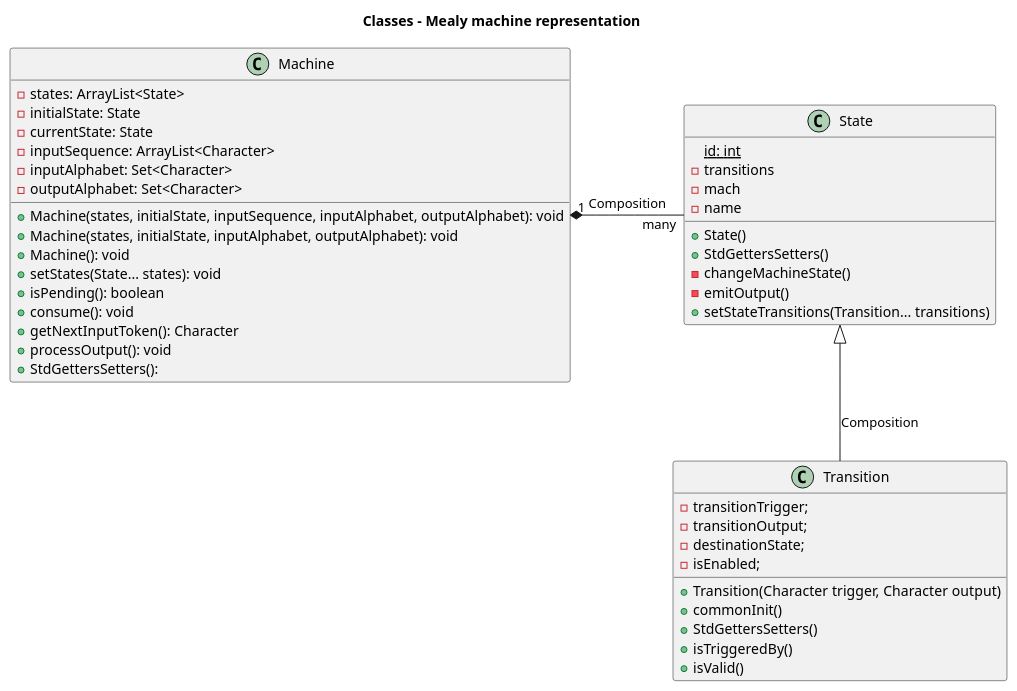
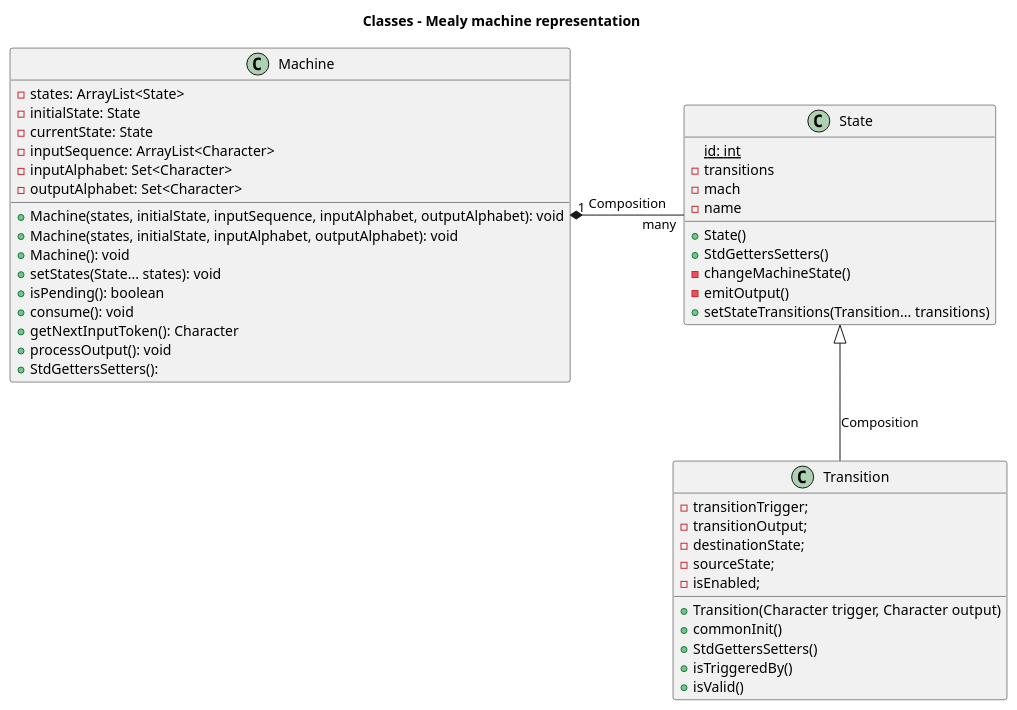
One commit to zenAndroid/Mealy-Machine changed the diagram in src/com/company/testFile.puml. Above: the diagram before and after it, drawn with PlantUML. The commit also changed 2 other files, not shown here.

```diff
--- a/src/com/company/testFile.puml
+++ b/src/com/company/testFile.puml
@@ -1,50 +1,51 @@
 @startuml
 
 title Classes - Mealy machine representation
 
 
 class Machine {
   -states: ArrayList<State>
   -initialState: State
   -currentState: State
   -inputSequence: ArrayList<Character>
   -inputAlphabet: Set<Character>
   -outputAlphabet: Set<Character>
   +Machine(states, initialState, inputSequence, inputAlphabet, outputAlphabet): void
   +Machine(states, initialState, inputAlphabet, outputAlphabet): void
   +Machine(): void
   +setStates(State... states): void
   +isPending(): boolean
   +consume(): void
   +getNextInputToken(): Character
   +processOutput(): void
   +StdGettersSetters():
 }
 
 class Transition {
     -transitionTrigger;
     -transitionOutput;
     -destinationState;
+    -sourceState;
     -isEnabled;
     +Transition(Character trigger, Character output)
     +commonInit()
     +StdGettersSetters()
     +isTriggeredBy()
     +isValid()
 }
 
 class State{
     {static}id: int
     -transitions
     -mach
     -name
     +State()
     +StdGettersSetters()
     -changeMachineState()
     -emitOutput()
     +setStateTransitions(Transition... transitions)
 }
 
 State <|-down- Transition  : Composition
 Machine "1" *-right- "many" State: Composition
 @enduml
```
